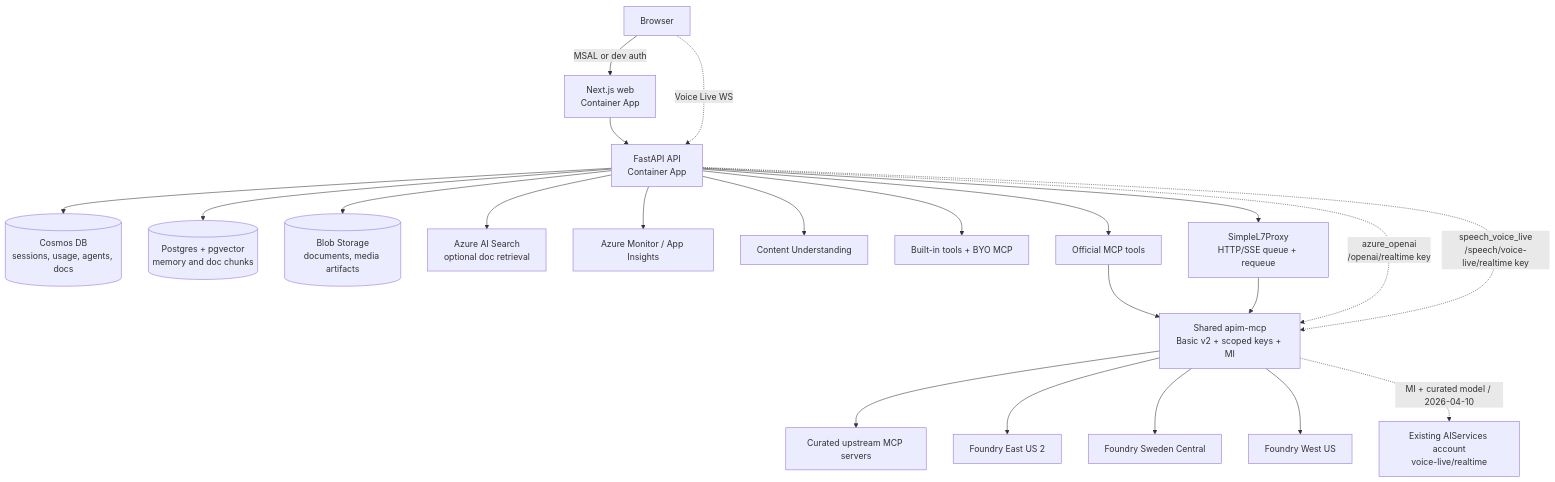
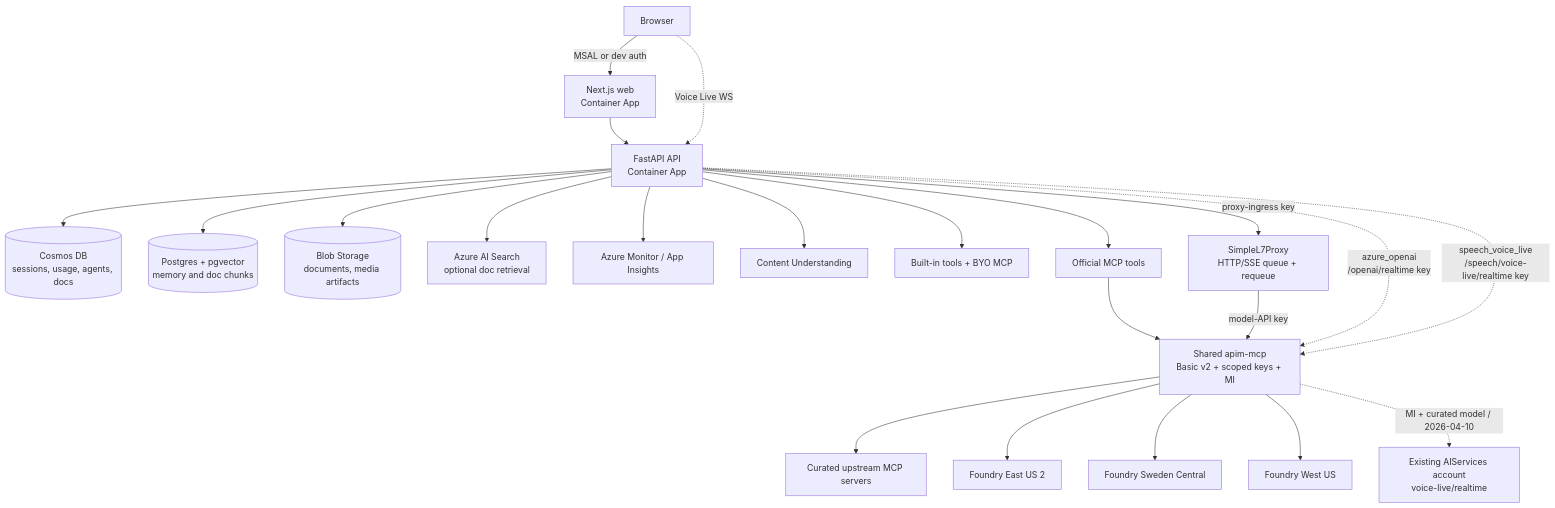
One commit to ian-t-adams/AI4IA changed the first of 6 diagrams in docs/architecture.md. Above: the diagram before and after it, drawn with Mermaid. The commit also changed other lines of this file and 2 other files, not shown here.

First line of the commit message:
docs(proxy): correct byte-identity counts and realtime-key topology claims

````diff
--- a/docs/architecture.md
+++ b/docs/architecture.md
@@ -12,24 +12,24 @@
 ```mermaid
 flowchart TB
   User[Browser] -->|MSAL or dev auth| Web[Next.js web<br/>Container App]
   Web --> API[FastAPI API<br/>Container App]
   User -. Voice Live WS .-> API
   API --> Cosmos[(Cosmos DB<br/>sessions, usage, agents, docs)]
   API --> Pg[(Postgres + pgvector<br/>memory and doc chunks)]
   API --> Blob[(Blob Storage<br/>documents, media artifacts)]
   API --> Search[Azure AI Search<br/>optional doc retrieval]
   API --> Monitor[Azure Monitor / App Insights]
   API --> CU[Content Understanding]
   API --> Tools[Built-in tools + BYO MCP]
   API --> OffMCP[Official MCP tools]
   OffMCP --> APIM[Shared apim-mcp<br/>Basic v2 + scoped keys + MI]
   APIM --> MCPUp[Curated upstream MCP servers]
-  API --> Proxy[SimpleL7Proxy<br/>HTTP/SSE queue + requeue]
-  Proxy --> APIM
+  API -->|proxy-ingress key| Proxy[SimpleL7Proxy<br/>HTTP/SSE queue + requeue]
+  Proxy -->|model-API key| APIM
   API -. "azure_openai<br/>/openai/realtime key" .-> APIM
   API -. "speech_voice_live<br/>/speech/voice-live/realtime key" .-> APIM
   APIM --> EUS2[Foundry East US 2]
   APIM --> SWC[Foundry Sweden Central]
   APIM --> WUS[Foundry West US]
   APIM -.->|MI + curated model / 2026-04-10| SpeechAcct[Existing AIServices account<br/>voice-live/realtime]
 ```
````
